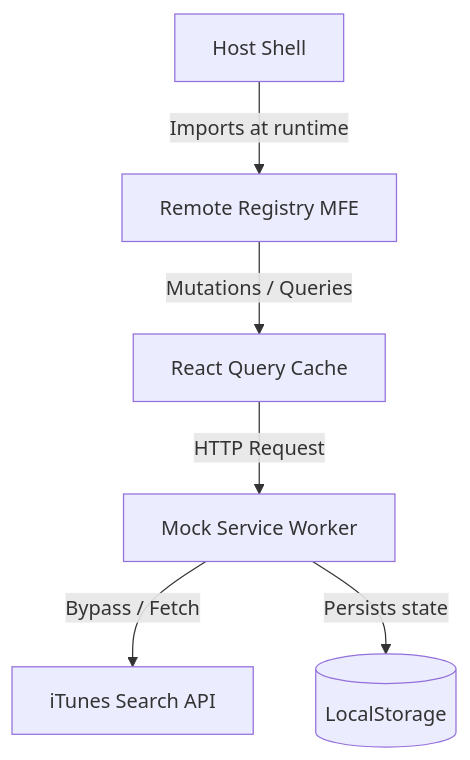
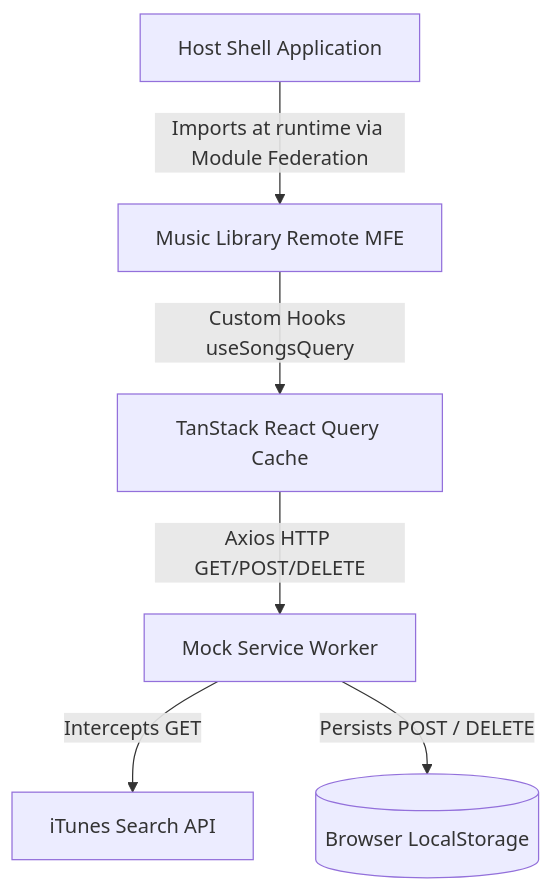
Before and after one commit to MANU132005/finacplus-music-library: the diagram in README.md, drawn with Mermaid. The commit also changed other lines of this file, not shown here.

````diff
--- a/README.md
+++ b/README.md
@@ -55,8 +36,8 @@
 ```mermaid
 graph TD
-  Host[Host Shell] -->|Imports at runtime| Remote[Remote Registry MFE]
-  Remote -->|Mutations / Queries| ReactQuery[React Query Cache]
-  ReactQuery -->|HTTP Request| MSW[Mock Service Worker]
-  MSW -->|Bypass / Fetch| iTunes[iTunes Search API]
-  MSW -->|Persists state| LocalStorage[(LocalStorage)]
+  Host[Host Shell Application] -->|Imports at runtime via Module Federation| Remote[Music Library Remote MFE]
+  Remote -->|Custom Hooks useSongsQuery| ReactQuery[TanStack React Query Cache]
+  ReactQuery -->|Axios HTTP GET/POST/DELETE| MSW[Mock Service Worker]
+  MSW -->|Intercepts GET| iTunes[iTunes Search API]
+  MSW -->|Persists POST / DELETE| LocalStorage[(Browser LocalStorage)]
 ```
````
